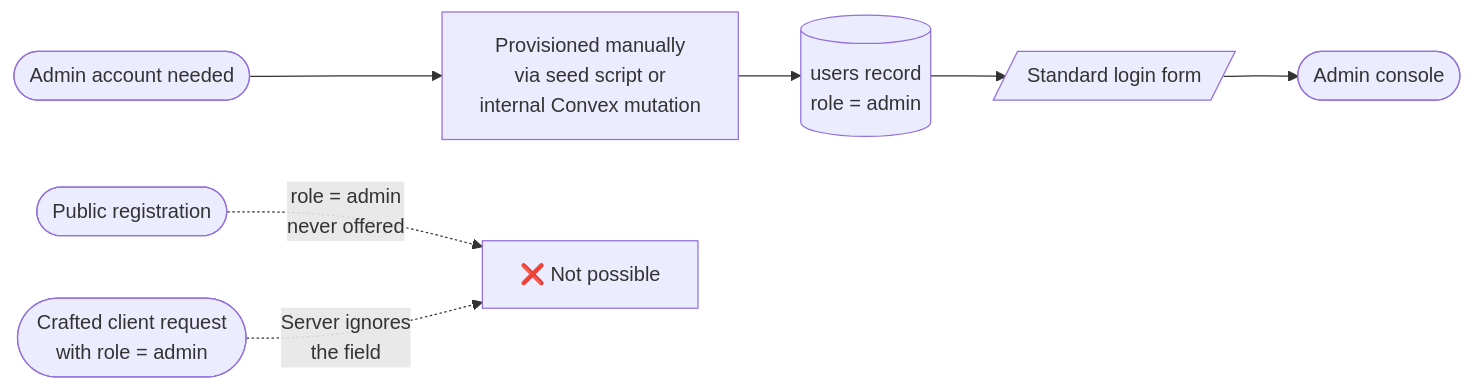
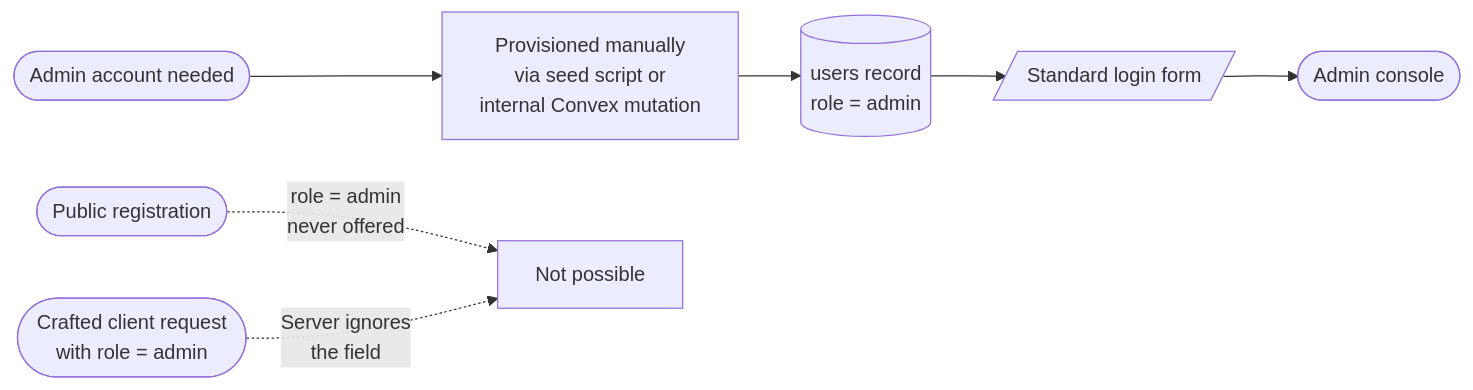
The fifth of 25 diagrams in docs/spec/USER_FLOW.md (201dev/cirquo), drawn with Mermaid before and after one commit. The commit also changed other lines of this file and 56 other files, not shown here.

````diff
--- a/docs/spec/USER_FLOW.md
+++ b/docs/spec/USER_FLOW.md
@@ -245,10 +245,10 @@
 ```mermaid
 flowchart LR
     A([Admin account needed]) --> B[Provisioned manually<br/>via seed script or<br/>internal Convex mutation]
     B --> C[(users record<br/>role = admin)]
     C --> D[/Standard login form/]
     D --> E([Admin console])
 
-    F([Public registration]) -.->|role = admin<br/>never offered| X[❌ Not possible]
+    F([Public registration]) -.->|role = admin<br/>never offered| X[Not possible]
     G([Crafted client request<br/>with role = admin]) -.->|Server ignores<br/>the field| X
 ```
````
